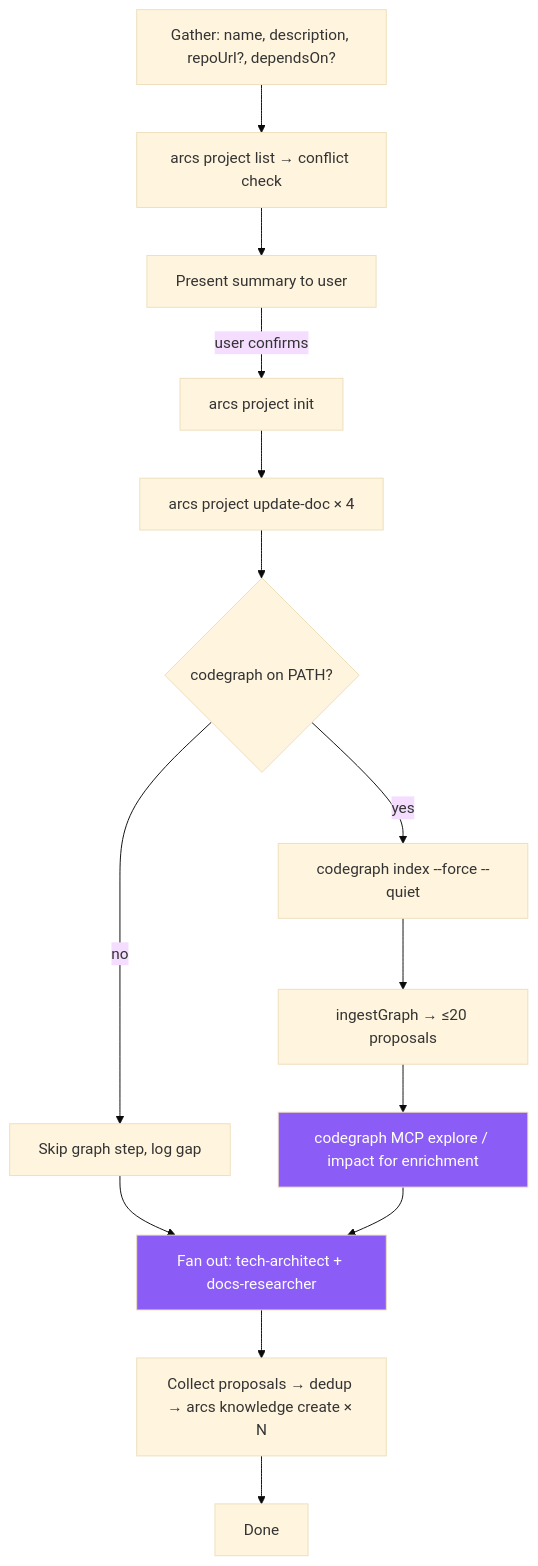
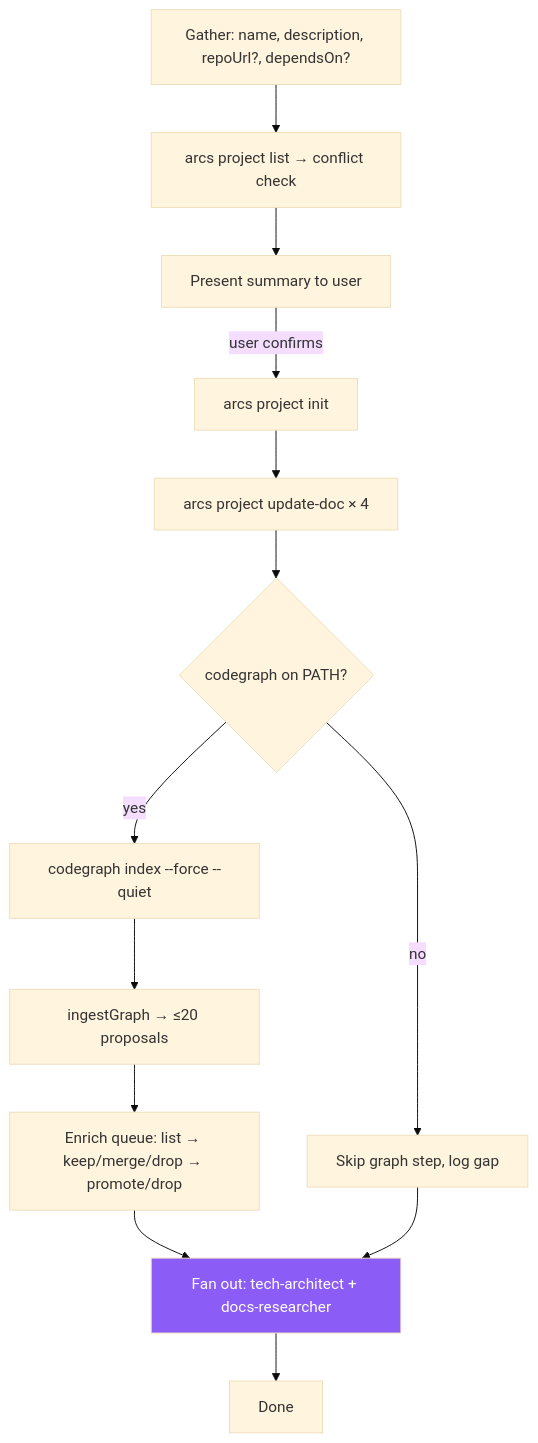
The diagram in opencode/arcs/skills/init-project/SKILL.md (rryando/arcs), drawn with Mermaid (base theme) before and after one commit. The commit also changed other lines of this file and 41 other files, not shown here.

````diff
--- a/opencode/arcs/skills/init-project/SKILL.md
+++ b/opencode/arcs/skills/init-project/SKILL.md
@@ -16,17 +16,17 @@
 ```mermaid
 flowchart TD
     classDef sub fill:#8b5cf6,color:#fff
 
     A[Gather: name, description, repoUrl?, dependsOn?] --> B[arcs project list → conflict check]
     B --> C[Present summary to user]
     C -->|user confirms| D[arcs project init]
     D --> E[arcs project update-doc × 4]
     E --> F{codegraph on PATH?}
     F -->|yes| G[codegraph index --force --quiet]
     F -->|no| H[Skip graph step, log gap]
     G --> G2[ingestGraph → ≤20 proposals]
-    G2 --> G3[codegraph MCP explore / impact for enrichment]:::sub
-    H & G3 --> I[Fan out: tech-architect + docs-researcher]:::sub
-    I --> J[Collect proposals → dedup → arcs knowledge create × N]
-    J --> K[Done]
+    G2 --> G3[Enrich queue: list → keep/merge/drop → promote/drop]
+    G3 --> I[Fan out: tech-architect + docs-researcher]:::sub
+    H --> I
+    I --> K[Done]
 ```
````
